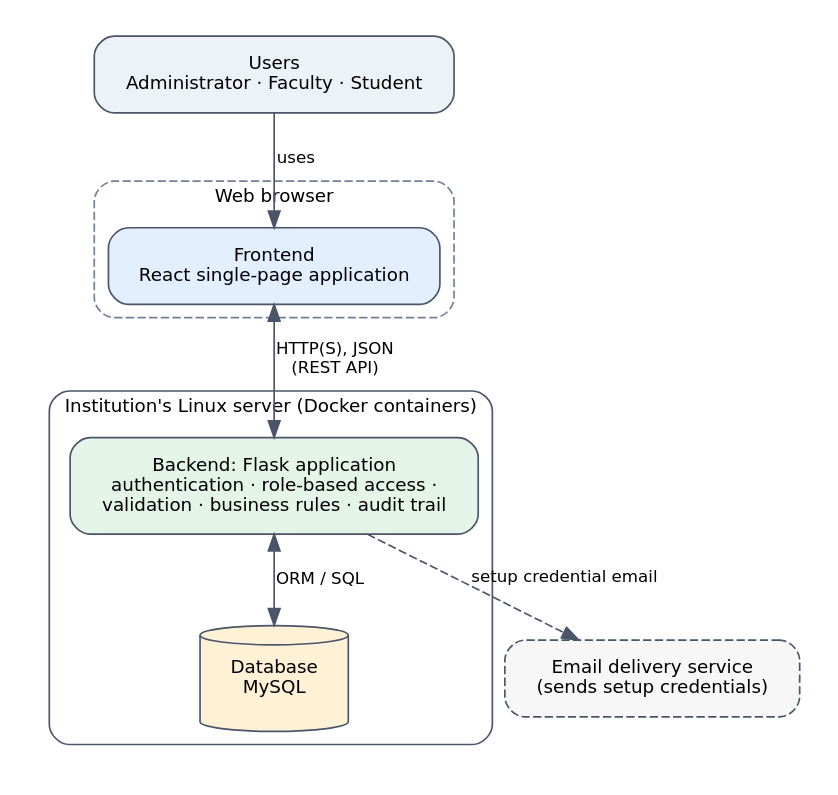
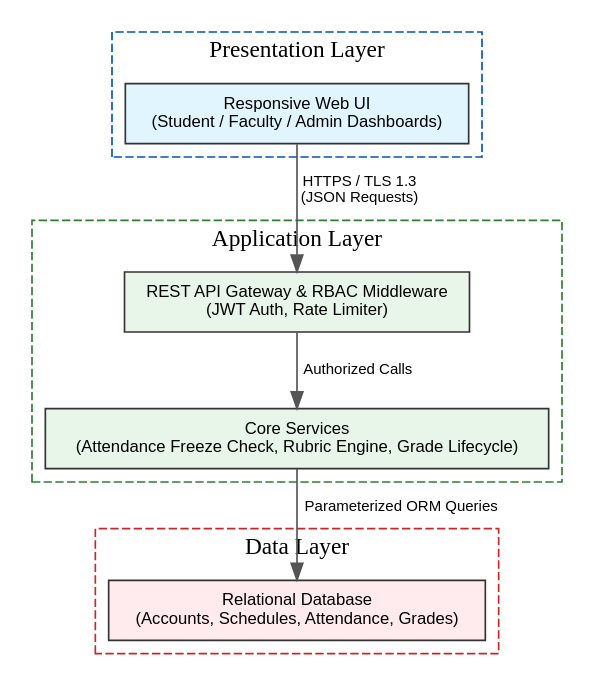
The diagram in docs/srs/diagrams/three-tier-architecture.dot (MYSTICnova734/SE_MINI_PROJECT), drawn with Graphviz before and after one commit. The commit also changed 37 other files, not shown here.

```diff
--- a/docs/srs/diagrams/three-tier-architecture.dot
+++ b/docs/srs/diagrams/three-tier-architecture.dot
@@ -1,32 +1,31 @@
-// Source for docs/srs/markdown/images/three-tier-architecture.png
-// Regenerate (from docs/srs/diagrams/) with:
-//   dot -Tpng -Gdpi=200 three-tier-architecture.dot -o ../markdown/images/three-tier-architecture.png
-digraph architecture {
-  rankdir=TB;
-  nodesep=0.6; ranksep=0.6;
-  graph [fontname="DejaVu Sans", fontsize=11, pad=0.2];
-  node  [shape=box, style="rounded,filled", fontname="DejaVu Sans", fontsize=11,
-         color="#4a5568", fillcolor="#ffffff", margin="0.25,0.15"];
-  edge  [fontname="DejaVu Sans", fontsize=10, color="#4a5568"];
+digraph ThreeTierArchitecture {
+    rankdir=TB;
+    node [shape=box, fontname="Helvetica", fontsize=10, style="filled", fillcolor="#F8F9FA", color="#333333"];
+    edge [fontname="Helvetica", fontsize=9, color="#555555"];
 
-  users [label="Users\nAdministrator · Faculty · Student", fillcolor="#edf2f7"];
+    subgraph cluster_presentation {
+        label="Presentation Layer";
+        style="dashed";
+        color="#0056B3";
+        ClientUI [label="Responsive Web UI\n(Student / Faculty / Admin Dashboards)", fillcolor="#E1F5FE"];
+    }
 
-  subgraph cluster_browser {
-    label="Web browser"; style="rounded,dashed"; color="#718096";
-    frontend [label="Frontend\nReact single-page application", fillcolor="#e3efff"];
-  }
+    subgraph cluster_application {
+        label="Application Layer";
+        style="dashed";
+        color="#2E7D32";
+        APIGateway [label="REST API Gateway & RBAC Middleware\n(JWT Auth, Rate Limiter)", fillcolor="#E8F5E9"];
+        BusinessLogic [label="Core Services\n(Attendance Freeze Check, Rubric Engine, Grade Lifecycle)", fillcolor="#E8F5E9"];
+    }
 
-  subgraph cluster_server {
-    label="Institution's Linux server (Docker containers)"; style="rounded"; color="#4a5568";
-    backend [label="Backend: Flask application\nauthentication · role-based access ·\nvalidation · business rules · audit trail", fillcolor="#e4f4e8"];
-    db      [label="Database\nMySQL", shape=cylinder, fillcolor="#fff1d6"];
-  }
+    subgraph cluster_data {
+        label="Data Layer";
+        style="dashed";
+        color="#C62828";
+        Database [label="Relational Database\n(Accounts, Schedules, Attendance, Grades)", fillcolor="#FFEBEE"];
+    }
 
-  email [label="Email delivery service\n(sends setup credentials)", style="rounded,dashed,filled", fillcolor="#f7f7f7"];
-
-  users    -> frontend [label=" uses"];
-  frontend -> backend  [label=" HTTP(S), JSON\n (REST API)", dir=both];
-  backend  -> db       [label=" ORM / SQL", dir=both];
-  backend  -> email    [xlabel="setup credential email  ", style=dashed];
-
+    ClientUI -> APIGateway [label="HTTPS / TLS 1.3\n(JSON Requests)"];
+    APIGateway -> BusinessLogic [label="Authorized Calls"];
+    BusinessLogic -> Database [label="Parameterized ORM Queries"];
 }
```
